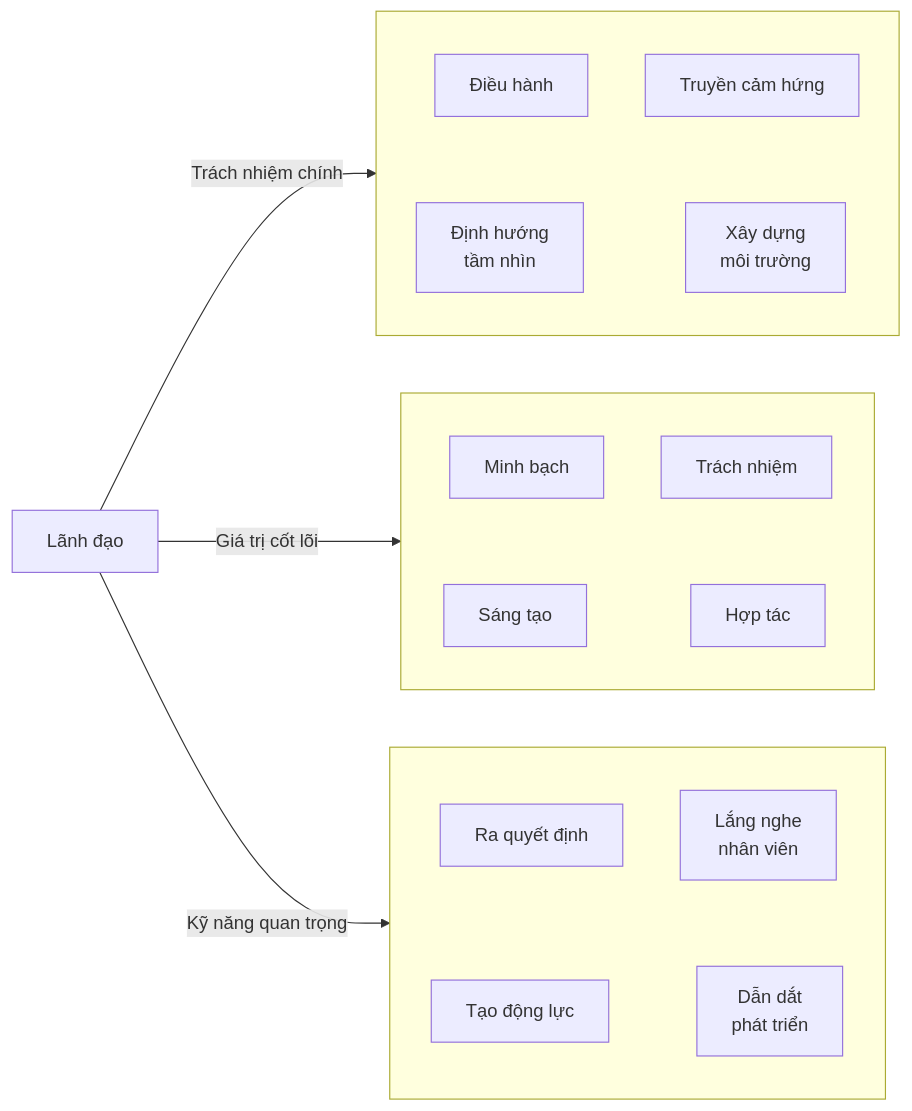
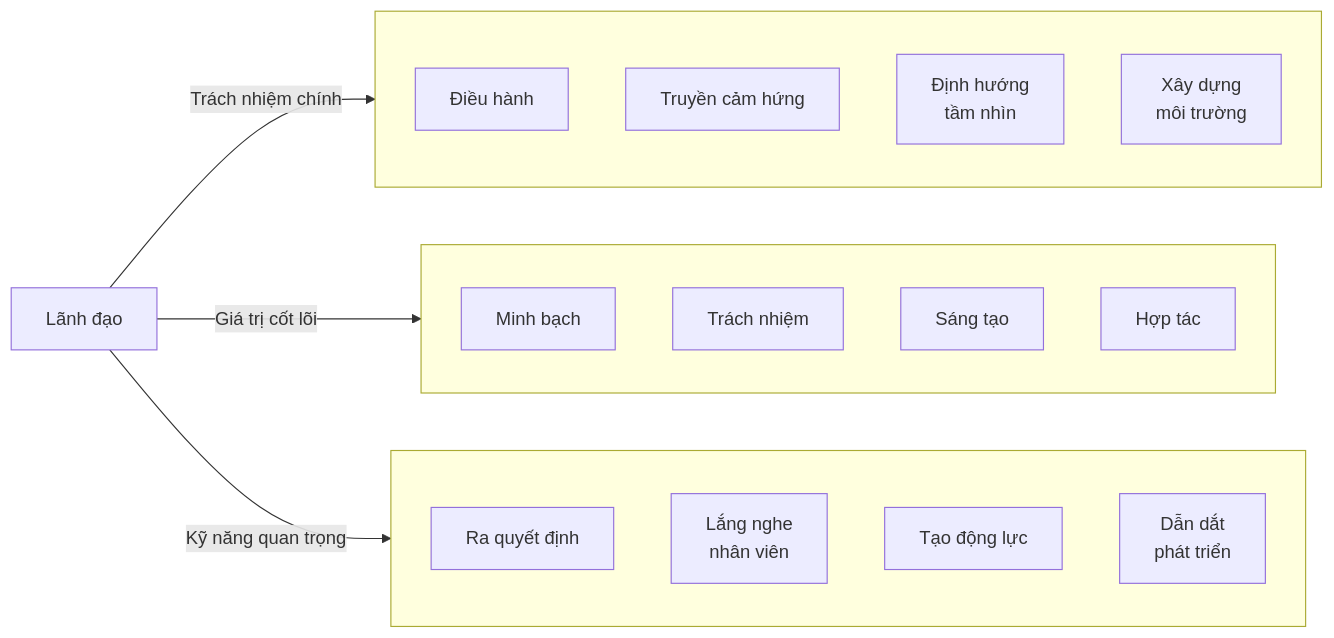
The second of 5 diagrams in src/site/notes/Studies/University/Year 1/T2/EM1180 - Business Culture and Entrepreneurship/Project/Summary - slides.md (FairyHmm/notes), drawn with Mermaid before and after one commit. The commit also changed other lines of this file, not shown here.

Commit message:
Published multiple files

````diff
--- a/src/site/notes/Studies/University/Year 1/T2/EM1180 - Business Culture and Entrepreneurship/Project/Summary - slides.md
+++ b/src/site/notes/Studies/University/Year 1/T2/EM1180 - Business Culture and Entrepreneurship/Project/Summary - slides.md
@@ -227,30 +227,27 @@
 ```mermaid
 graph LR
     A[Lãnh đạo] -->|Trách nhiệm chính|B
     A -->|Giá trị cốt lõi|C
     A -->|Kỹ năng quan trọng|D 
 
     subgraph B[" "]
         B1[Điều hành]
         B2[Truyền cảm hứng] 
         B3[Định hướng<br/>tầm nhìn] 
         B4[Xây dựng<br/>môi trường]
-        B1 & B2 ~~~ B3 & B4
     end
 
     subgraph C[" "]
         C1[Minh bạch] 
         C2[Trách nhiệm] 
         C3[Sáng tạo] 
         C4[Hợp tác]
-        C1 & C2 ~~~ C3 & C4
     end
 
     subgraph D[" "]
         D1[Ra quyết định] 
         D2[Lắng nghe<br/>nhân viên] 
         D3[Tạo động lực] 
         D4[Dẫn dắt<br/>phát triển]
-        D1 & D2 ~~~ D3 & D4
     end
 ```
````
